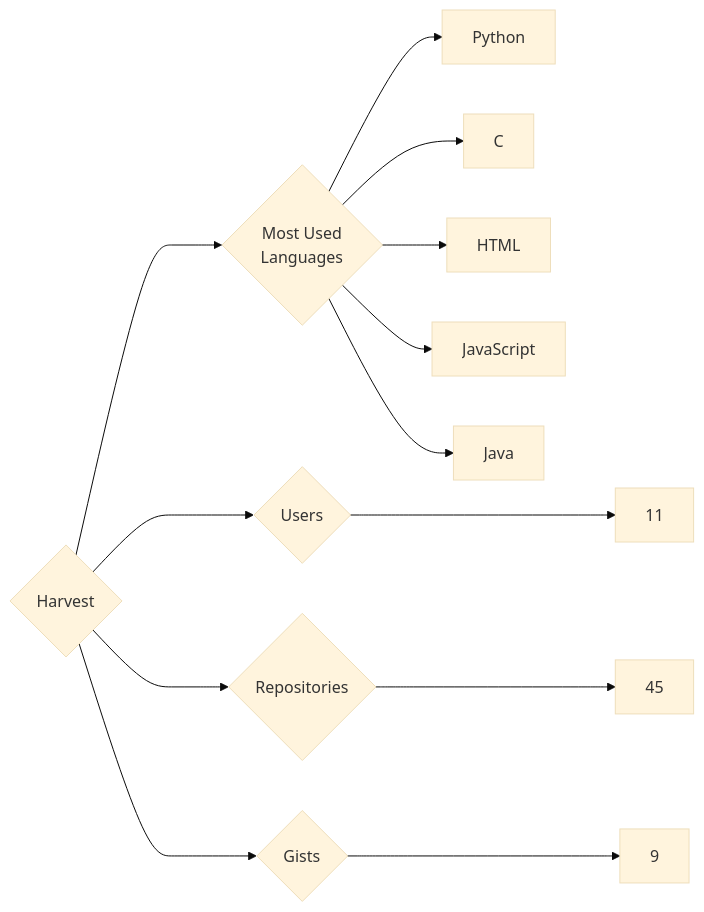
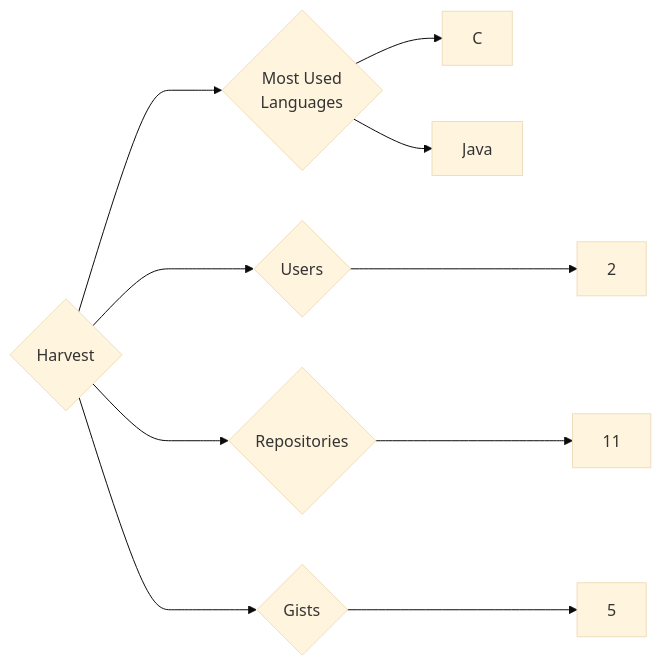
One commit to trickest/insiders changed the diagram in targets/Harvest/README.md. Above: the diagram before and after it, drawn with Mermaid (base theme). The commit also changed 930 other files, not shown here.

````diff
--- a/targets/Harvest/README.md
+++ b/targets/Harvest/README.md
@@ -3,13 +3,10 @@
 ```mermaid
 graph LR
 COMPANY_NAME{Harvest}
-COMPANY_NAME ---> U{Users} ---> UN[11]
-COMPANY_NAME ---> R{Repositories} ---> RN[45]
-COMPANY_NAME ---> G{Gists} ---> GN[9]
+COMPANY_NAME ---> U{Users} ---> UN[2]
+COMPANY_NAME ---> R{Repositories} ---> RN[11]
+COMPANY_NAME ---> G{Gists} ---> GN[5]
 COMPANY_NAME ---> ML{Most Used<br>Languages}
-ML --> Python[Python]
 ML --> C[C]
-ML --> HTML[HTML]
-ML --> JavaScript[JavaScript]
 ML --> Java[Java]
 ```
````
